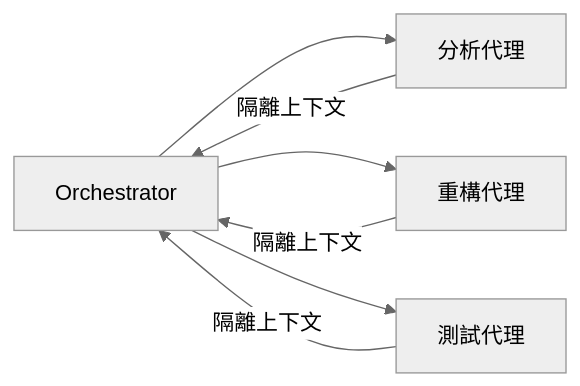
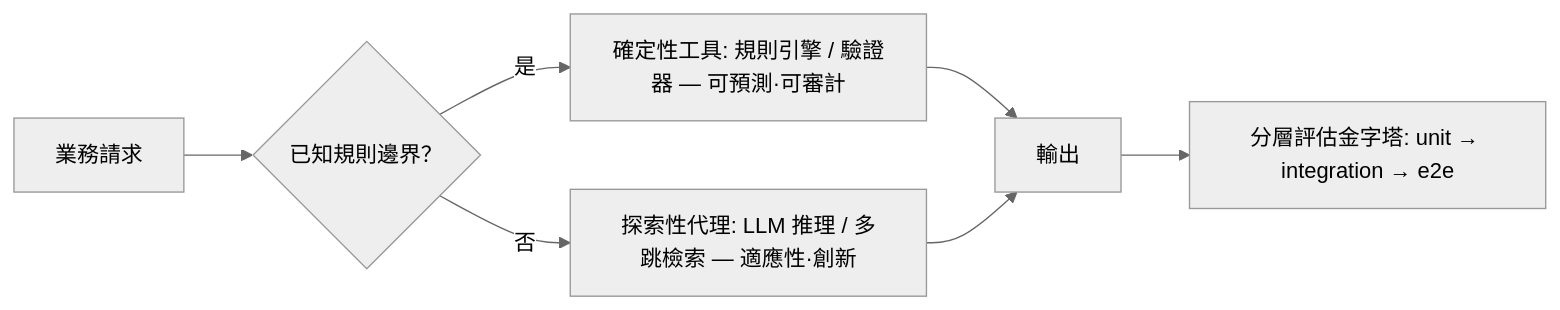
The second of 2 diagrams in 20-daily/2026-05-27.md (nick-xrex/ai-daily-content), drawn with Mermaid (neutral theme) before and after one commit. The commit also changed other lines of this file and 117 other files, not shown here.

````diff
--- a/20-daily/2026-05-27.md
+++ b/20-daily/2026-05-27.md
@@ -23,9 +49,9 @@
 ```mermaid
 flowchart LR
-    O[Orchestrator] --> A[分析代理]
-    O --> R[重構代理]
-    O --> T[測試代理]
-    A -->|隔離上下文| O
-    R -->|隔離上下文| O
-    T -->|隔離上下文| O
+    I[業務請求] --> R{已知規則邊界？}
+    R -->|是| T[確定性工具: 規則引擎 / 驗證器 — 可預測·可審計]
+    R -->|否| A[探索性代理: LLM 推理 / 多跳檢索 — 適應性·創新]
+    T --> O[輸出]
+    A --> O
+    O --> E[分層評估金字塔: unit → integration → e2e]
 ```
````
